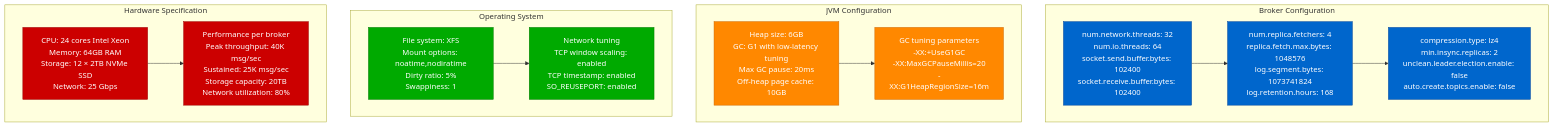
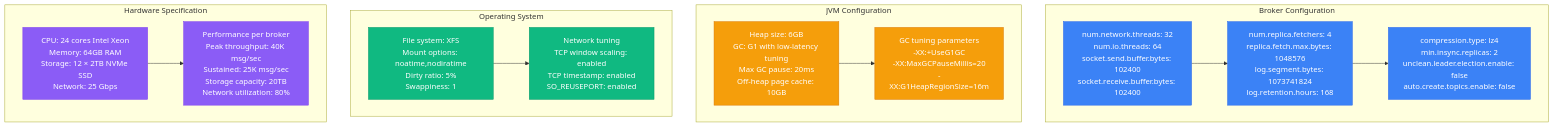
Before and after one commit to deepaucksharma/DS: diagram 11 of 13 in site/docs/performance/kafka-performance-profile.md, drawn with Mermaid. The commit also changed other lines of this file and 303 other files, not shown here.

````diff
--- a/site/docs/performance/kafka-performance-profile.md
+++ b/site/docs/performance/kafka-performance-profile.md
@@ -421,46 +421,46 @@
 ```mermaid
 graph TB
     subgraph "Broker Configuration"
         BROKER1[num.network.threads: 32<br/>num.io.threads: 64<br/>socket.send.buffer.bytes: 102400<br/>socket.receive.buffer.bytes: 102400]
 
         BROKER2[num.replica.fetchers: 4<br/>replica.fetch.max.bytes: 1048576<br/>log.segment.bytes: 1073741824<br/>log.retention.hours: 168]
 
         BROKER3[compression.type: lz4<br/>min.insync.replicas: 2<br/>unclean.leader.election.enable: false<br/>auto.create.topics.enable: false]
 
         BROKER1 --> BROKER2 --> BROKER3
     end
 
     subgraph "JVM Configuration"
         JVM1[Heap size: 6GB<br/>GC: G1 with low-latency tuning<br/>Max GC pause: 20ms<br/>Off-heap page cache: 10GB]
 
         JVM2[GC tuning parameters<br/>-XX:+UseG1GC<br/>-XX:MaxGCPauseMillis=20<br/>-XX:G1HeapRegionSize=16m]
 
         JVM1 --> JVM2
     end
 
     subgraph "Operating System"
         OS1[File system: XFS<br/>Mount options: noatime,nodiratime<br/>Dirty ratio: 5%<br/>Swappiness: 1]
 
         OS2[Network tuning<br/>TCP window scaling: enabled<br/>TCP timestamp: enabled<br/>SO_REUSEPORT: enabled]
 
         OS1 --> OS2
     end
 
     subgraph "Hardware Specification"
         HW1[CPU: 24 cores Intel Xeon<br/>Memory: 64GB RAM<br/>Storage: 12 × 2TB NVMe SSD<br/>Network: 25 Gbps]
 
         HW2[Performance per broker<br/>Peak throughput: 40K msg/sec<br/>Sustained: 25K msg/sec<br/>Storage capacity: 20TB<br/>Network utilization: 80%]
 
         HW1 --> HW2
     end
 
-    classDef brokerStyle fill:#0066CC,stroke:#004499,color:#fff
-    classDef jvmStyle fill:#FF8800,stroke:#CC6600,color:#fff
-    classDef osStyle fill:#00AA00,stroke:#007700,color:#fff
-    classDef hwStyle fill:#CC0000,stroke:#990000,color:#fff
+    classDef brokerStyle fill:#3B82F6,stroke:#2563EB,color:#fff
+    classDef jvmStyle fill:#F59E0B,stroke:#D97706,color:#fff
+    classDef osStyle fill:#10B981,stroke:#059669,color:#fff
+    classDef hwStyle fill:#8B5CF6,stroke:#7C3AED,color:#fff
 
     class BROKER1,BROKER2,BROKER3 brokerStyle
     class JVM1,JVM2 jvmStyle
     class OS1,OS2 osStyle
     class HW1,HW2 hwStyle
 ```
````
